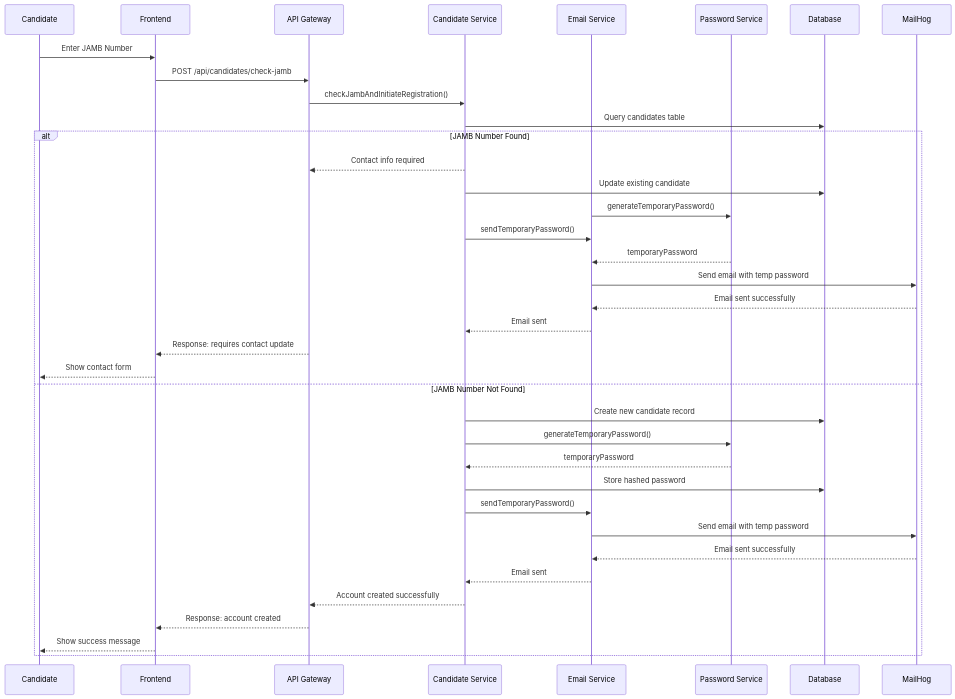
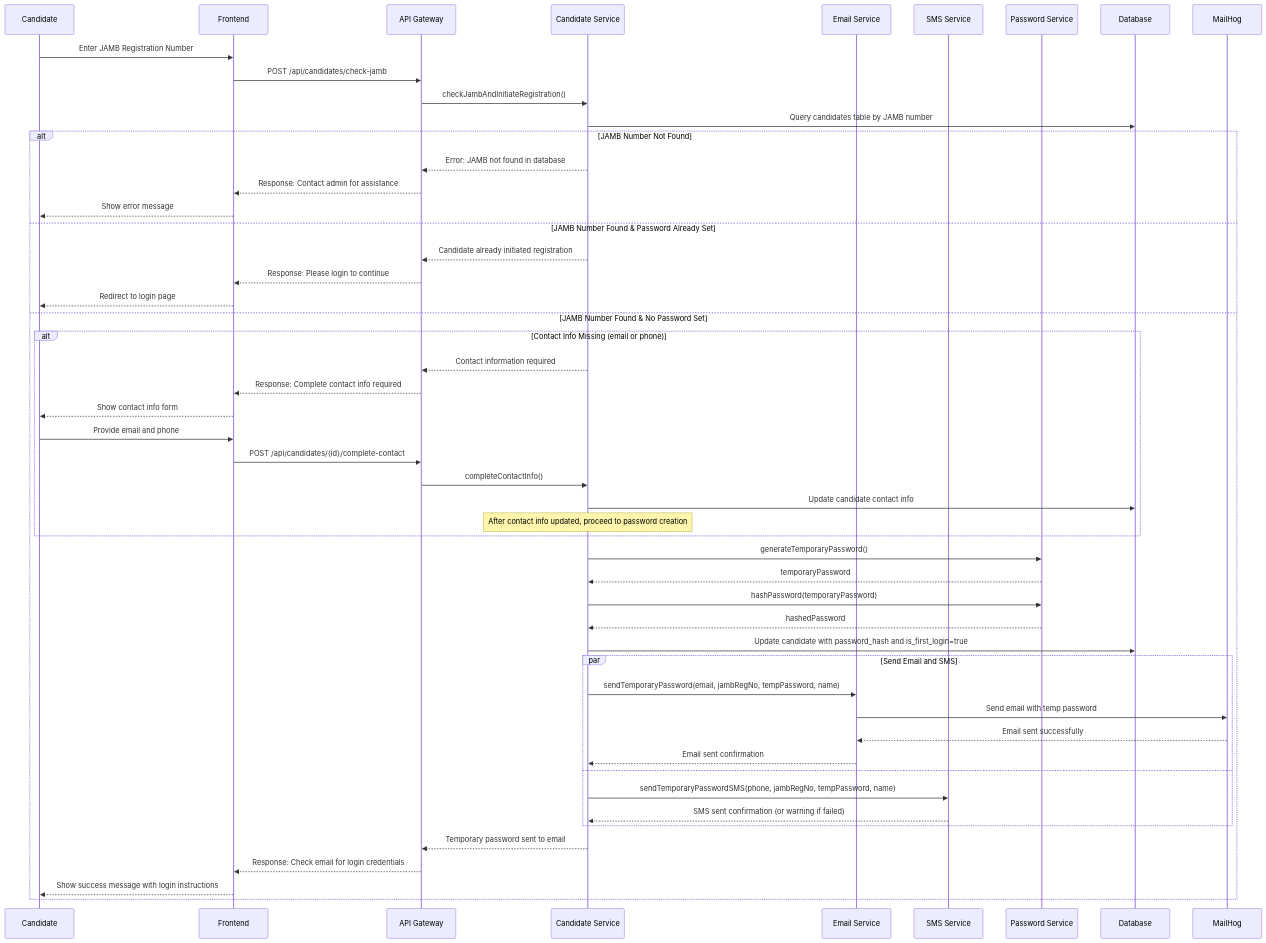
The first of 15 diagrams in docs/sequence-diagrams.md (sbikelly/fuep_api), drawn with Mermaid before and after one commit. The commit also changed other lines of this file and 18 other files, not shown here.

````diff
--- a/docs/sequence-diagrams.md
+++ b/docs/sequence-diagrams.md
@@ -24,41 +24,60 @@
 ```mermaid
 sequenceDiagram
     participant C as Candidate
     participant F as Frontend
     participant A as API Gateway
     participant CS as Candidate Service
     participant ES as Email Service
+    participant SMS as SMS Service
     participant PS as Password Service
     participant DB as Database
     participant M as MailHog
 
-    C->>F: Enter JAMB Number
+    C->>F: Enter JAMB Registration Number
     F->>A: POST /api/candidates/check-jamb
     A->>CS: checkJambAndInitiateRegistration()
 
-    CS->>DB: Query candidates table
-    alt JAMB Number Found
-        CS-->>A: Contact info required
-        CS->>DB: Update existing candidate
-        ES->>PS: generateTemporaryPassword()
-        CS->>ES: sendTemporaryPassword()
-        PS-->>ES: temporaryPassword
-        ES->>M: Send email with temp password
-        M-->>ES: Email sent successfully
-        ES-->>CS: Email sent
-        A-->>F: Response: requires contact update
-        F-->>C: Show contact form
-    else JAMB Number Not Found
-        CS->>DB: Create new candidate record
+    CS->>DB: Query candidates table by JAMB number
+    alt JAMB Number Not Found
+        CS-->>A: Error: JAMB not found in database
+        A-->>F: Response: Contact admin for assistance
+        F-->>C: Show error message
+    else JAMB Number Found & Password Already Set
+        CS-->>A: Candidate already initiated registration
+        A-->>F: Response: Please login to continue
+        F-->>C: Redirect to login page
+    else JAMB Number Found & No Password Set
+        alt Contact Info Missing (email or phone)
+            CS-->>A: Contact information required
+            A-->>F: Response: Complete contact info required
+            F-->>C: Show contact info form
+
+            C->>F: Provide email and phone
+            F->>A: POST /api/candidates/{id}/complete-contact
+            A->>CS: completeContactInfo()
+            CS->>DB: Update candidate contact info
+
+            Note over CS: After contact info updated, proceed to password creation
+        end
+
         CS->>PS: generateTemporaryPassword()
         PS-->>CS: temporaryPassword
-        CS->>DB: Store hashed password
-        CS->>ES: sendTemporaryPassword()
-        ES->>M: Send email with temp password
-        M-->>ES: Email sent successfully
-        ES-->>CS: Email sent
-        CS-->>A: Account created successfully
-        A-->>F: Response: account created
-        F-->>C: Show success message
+        CS->>PS: hashPassword(temporaryPassword)
+        PS-->>CS: hashedPassword
+        CS->>DB: Update candidate with password_hash and is_first_login=true
+
+        par Send Email and SMS
+            CS->>ES: sendTemporaryPassword(email, jambRegNo, tempPassword, name)
+            ES->>M: Send email with temp password
+            M-->>ES: Email sent successfully
+            ES-->>CS: Email sent confirmation
+        and
+            CS->>SMS: sendTemporaryPasswordSMS(phone, jambRegNo, tempPassword, name)
+            SMS-->>CS: SMS sent confirmation (or warning if failed)
+        end
+
+        CS-->>A: Temporary password sent to email
+        A-->>F: Response: Check email for login credentials
+        F-->>C: Show success message with login instructions
     end
 ```
````
